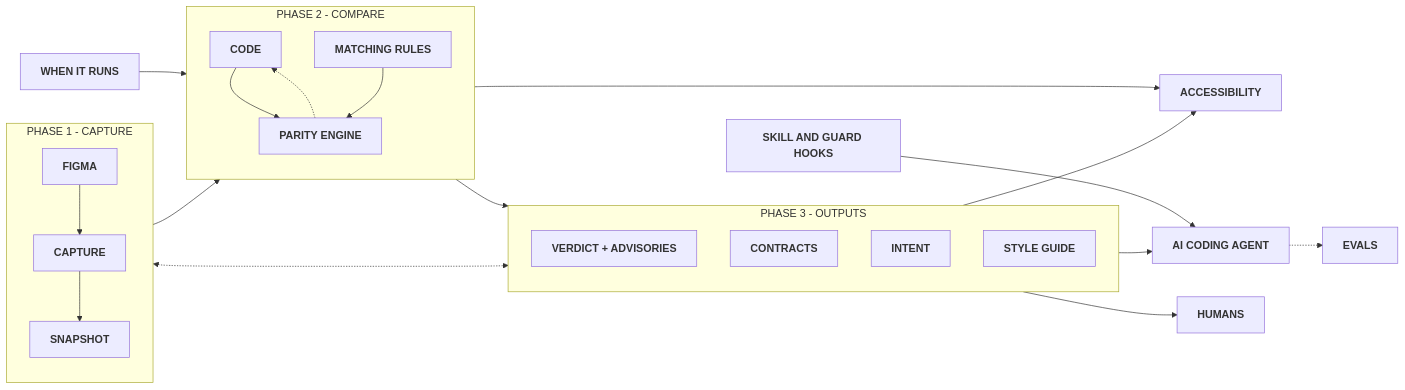
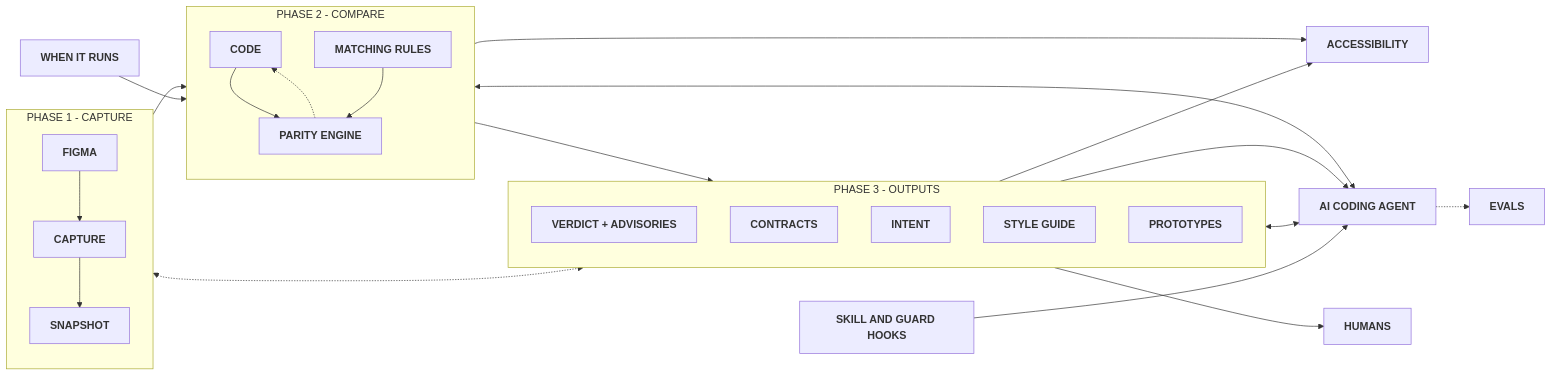
One commit to rafaelmatosdasilva/rms-design-system-engine changed the diagram in README.md. Above: the diagram before and after it, drawn with Mermaid. The commit also changed 8 other files, not shown here.

````diff
--- a/README.md
+++ b/README.md
@@ -25,36 +25,39 @@
 ```mermaid
-%%{init: {"themeCSS": "[id*=L_P1_P3], [id*=L-P1-P3] { marker-end: none !important; }"}}%%
+%%{init: {"themeCSS": "[id*=L_P1_P3], [id*=L-P1-P3], [id*=L_CODE_AI], [id*=L-CODE-AI], [id*=L_PROTO_AI], [id*=L-PROTO-AI] { marker-end: none !important; }"}}%%
 flowchart LR
     WHEN["<b>WHEN IT RUNS</b>"]
     subgraph P1["PHASE 1 - CAPTURE"]
         direction TB
         FIG["<b>FIGMA</b>"] --> CAP["<b>CAPTURE</b>"] --> SNAP["<b>SNAPSHOT</b>"]
     end
     subgraph P2["PHASE 2 - COMPARE"]
         direction TB
         CODE["<b>CODE</b>"] --> ENG["<b>PARITY ENGINE</b>"]
         ENG -.-> CODE
         RULES["<b>MATCHING RULES</b>"] --> ENG
     end
     subgraph P3["PHASE 3 - OUTPUTS"]
         direction TB
         RES["<b>VERDICT + ADVISORIES</b>"]
         CON["<b>CONTRACTS</b>"]
         INT["<b>INTENT</b>"]
         SG["<b>STYLE GUIDE</b>"]
+        PROTO["<b>PROTOTYPES</b>"]
     end
     A11Y["<b>ACCESSIBILITY</b>"]
     HOOKS["<b>SKILL AND GUARD HOOKS</b>"]
     AI["<b>AI CODING AGENT</b>"]
     HUM["<b>HUMANS</b>"]
     EV["<b>EVALS</b>"]
     WHEN --> P2
     P1 --> P2 --> P3
     P1 <-.-> P3
     P2 --> A11Y
     P3 --> A11Y
     P3 --> AI
     P3 --> HUM
     HOOKS --> AI
+    CODE <--> AI
+    PROTO <--> AI
     AI -.-> EV
 ```
````
